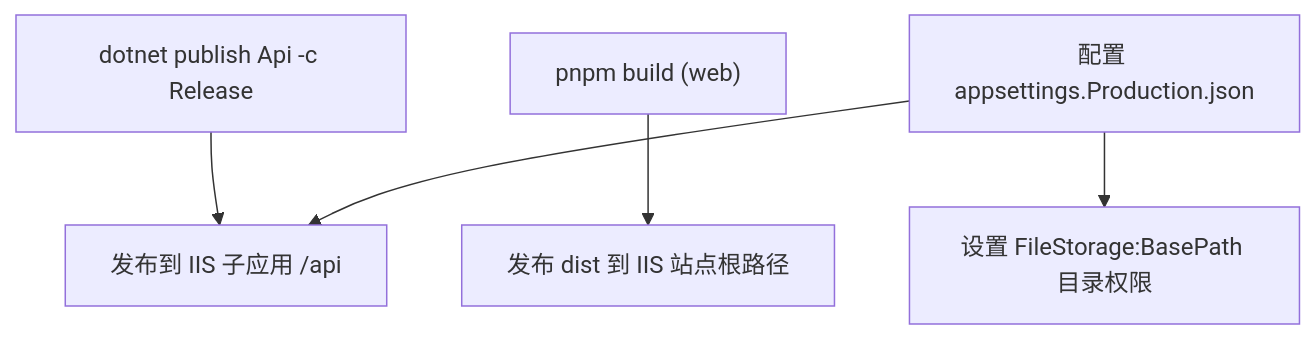
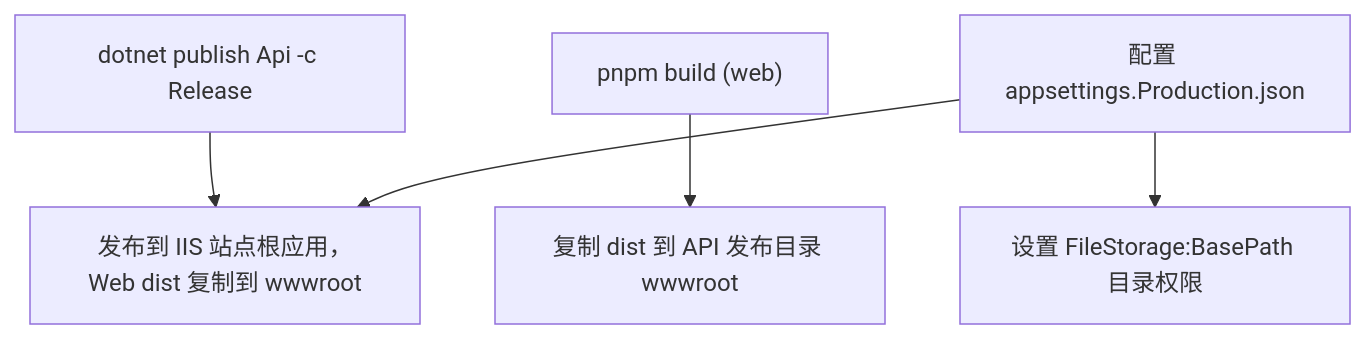
One commit to xiaocaiisxiaocai/AcceptanceSpecRecognition changed diagram 25 of 28 in docs/design-overview.md. Above: the diagram before and after it, drawn with Mermaid. The commit also changed other lines of this file and 165 other files, not shown here.

````diff
--- a/docs/design-overview.md
+++ b/docs/design-overview.md
@@ -1149,7 +1147,7 @@
 ```mermaid
 graph TD
-  A1["dotnet publish Api -c Release"] --> A2["发布到 IIS 子应用 /api"]
-  W1["pnpm build (web)"] --> W2["发布 dist 到 IIS 站点根路径"]
+  A1["dotnet publish Api -c Release"] --> A2["发布到 IIS 站点根应用，Web dist 复制到 wwwroot"]
+  W1["pnpm build (web)"] --> W2["复制 dist 到 API 发布目录 wwwroot"]
   C1["配置 appsettings.Production.json"] --> A2
   C1 --> F1["设置 FileStorage:BasePath 目录权限"]
 ```
````
